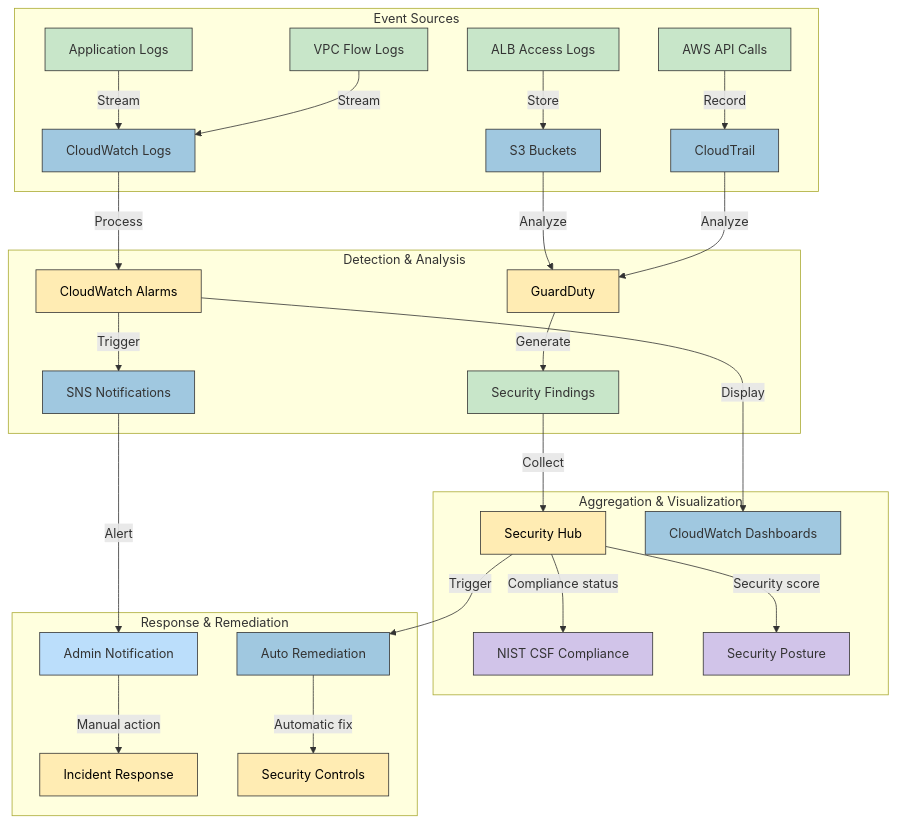
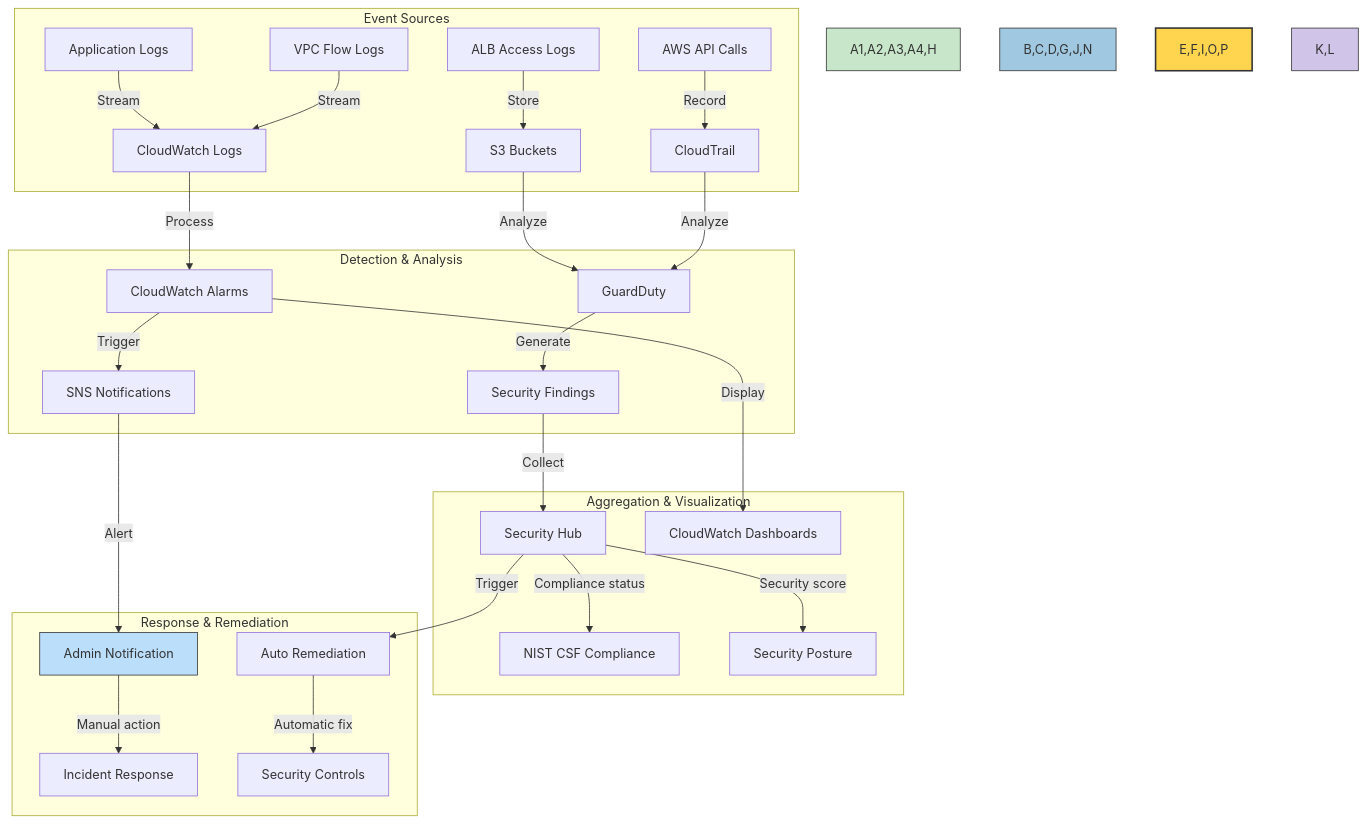
Before and after one commit to Hack23/cia: the eighth of 12 diagrams in SECURITY_ARCHITECTURE.md, drawn with Mermaid. The commit also changed other lines of this file, not shown here.

````diff
--- a/SECURITY_ARCHITECTURE.md
+++ b/SECURITY_ARCHITECTURE.md
@@ -595,46 +771,40 @@
 ```mermaid
 flowchart TD
-    classDef logs fill:#c8e6c9,stroke:#333,stroke-width:1px
-    classDef service fill:#a0c8e0,stroke:#333,stroke-width:1px
-    classDef security fill:#ffecb3,stroke:#333,stroke-width:1px,color:black
-    classDef data fill:#d1c4e9,stroke:#333,stroke-width:1px
-    classDef user fill:#bbdefb,stroke:#333,stroke-width:1px
-    
     subgraph "Event Sources"
         A1[Application Logs] -->|Stream| B[CloudWatch Logs]
         A2[VPC Flow Logs] -->|Stream| B
         A3[ALB Access Logs] -->|Store| C[S3 Buckets]
         A4[AWS API Calls] -->|Record| D[CloudTrail]
     end
     
     subgraph "Detection & Analysis"
         B -->|Process| E[CloudWatch Alarms]
         C -->|Analyze| F[GuardDuty]
         D -->|Analyze| F
         
         E -->|Trigger| G[SNS Notifications]
         F -->|Generate| H[Security Findings]
     end
     
     subgraph "Aggregation & Visualization"
         H -->|Collect| I[Security Hub]
         E -->|Display| J[CloudWatch Dashboards]
         
         I -->|Compliance status| K[NIST CSF Compliance]
         I -->|Security score| L[Security Posture]
     end
     
     subgraph "Response & Remediation"
         G -->|Alert| M[Admin Notification]
         I -->|Trigger| N[Auto Remediation]
         
         M -->|Manual action| O[Incident Response]
         N -->|Automatic fix| P[Security Controls]
     end
     
-    class A1,A2,A3,A4,H logs
-    class B,C,D,G,J,N service
-    class E,F,I,O,P security
-    class K,L data
-    class M user
+    style A1,A2,A3,A4,H fill:#c8e6c9,stroke:#333,stroke-width:1px
+    style B,C,D,G,J,N fill:#a0c8e0,stroke:#333,stroke-width:1px
+    style E,F,I,O,P fill:#ffd54f,stroke:#333,stroke-width:2px
+    style K,L fill:#d1c4e9,stroke:#333,stroke-width:1px
+    style M fill:#bbdefb,stroke:#333,stroke-width:1px
 ```
````
